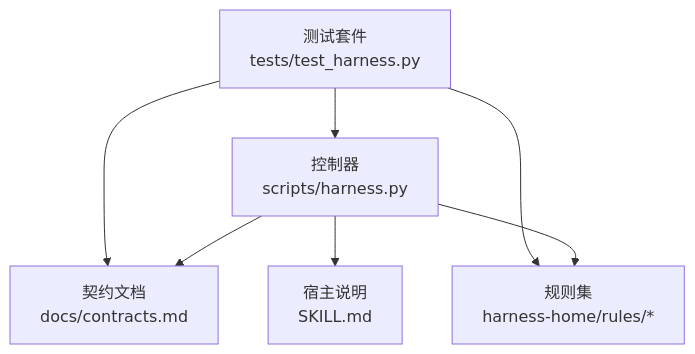
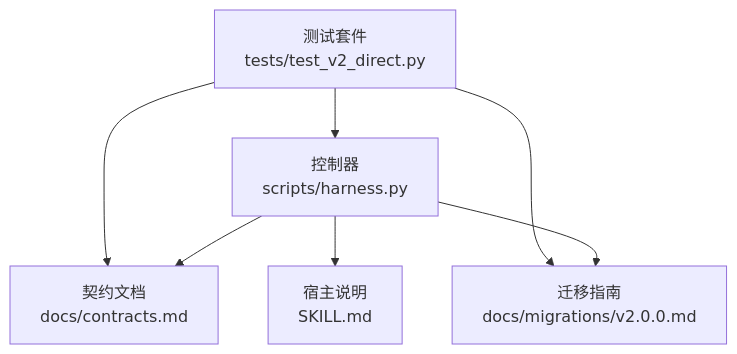
The first of 4 diagrams in .qoder/repowiki/zh/content/核心概念/风险门控系统/风险门控系统.md (HackSing/docs-harness), drawn with Mermaid before and after one commit. The commit also changed other lines of this file and 42 other files, not shown here.

````diff
--- a/.qoder/repowiki/zh/content/核心概念/风险门控系统/风险门控系统.md
+++ b/.qoder/repowiki/zh/content/核心概念/风险门控系统/风险门控系统.md
@@ -46,9 +47,9 @@
 ```mermaid
 graph TB
 A["控制器<br/>scripts/harness.py"] --> B["契约文档<br/>docs/contracts.md"]
-A --> C["规则集<br/>harness-home/rules/*"]
+A --> C["迁移指南<br/>docs/migrations/v2.0.0.md"]
 A --> D["宿主说明<br/>SKILL.md"]
-E["测试套件<br/>tests/test_harness.py"] --> A
+E["测试套件<br/>tests/test_v2_direct.py"] --> A
 E --> B
 E --> C
 ```
````
